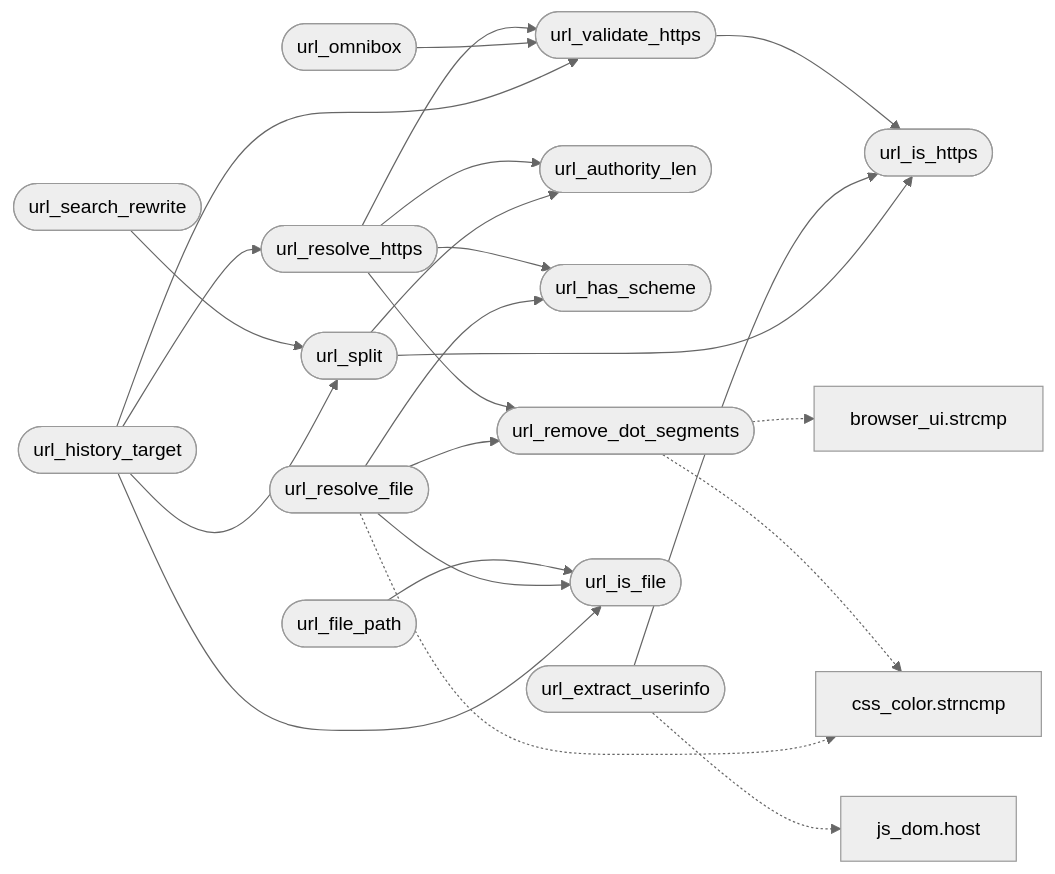
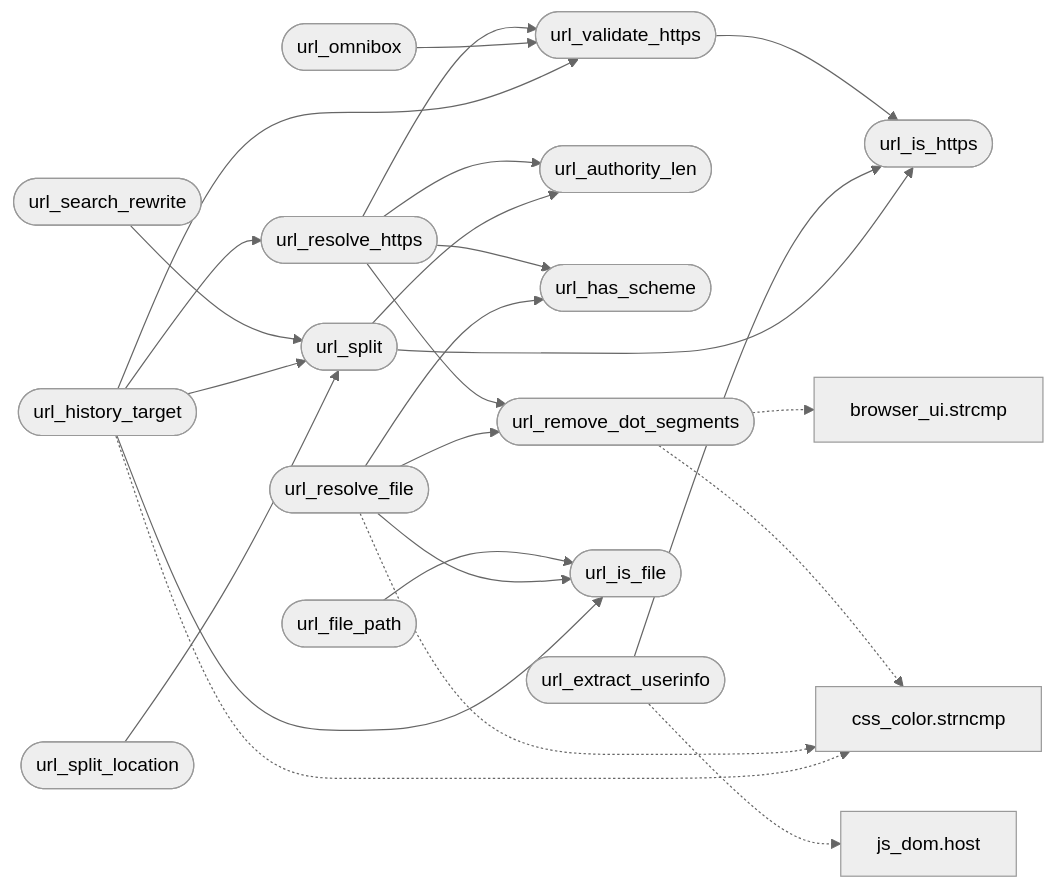
Before and after one commit to grisuno/FreeDom: the diagram in readmenator-apidocs/modules/src.url.c.md, drawn with Mermaid (neutral theme). The commit also changed other lines of this file and 423 other files, not shown here.

````diff
--- a/readmenator-apidocs/modules/src.url.c.md
+++ b/readmenator-apidocs/modules/src.url.c.md
@@ -14,42 +14,45 @@
 ```mermaid
 flowchart LR
     n_src_url_c__url_validate_https(["url_validate_https"])
     n_src_url_c__url_is_https(["url_is_https"])
     n_src_url_c__url_resolve_https(["url_resolve_https"])
     n_src_url_c__url_authority_len(["url_authority_len"])
     n_src_url_c__url_has_scheme(["url_has_scheme"])
     n_src_url_c__url_remove_dot_segments(["url_remove_dot_segments"])
     n_src_url_c__url_omnibox(["url_omnibox"])
     n_src_url_c__url_search_rewrite(["url_search_rewrite"])
     n_src_url_c__url_split(["url_split"])
     n_src_url_c__url_extract_userinfo(["url_extract_userinfo"])
     n_src_url_c__url_file_path(["url_file_path"])
     n_src_url_c__url_is_file(["url_is_file"])
     n_src_url_c__url_resolve_file(["url_resolve_file"])
     n_src_url_c__url_history_target(["url_history_target"])
+    n_src_url_c__url_split_location(["url_split_location"])
     n_gui_browser_ui_c__strcmp["browser_ui.strcmp"]
     n_src_css_color_c__strncmp["css_color.strncmp"]
     n_include_js_dom_h__host["js_dom.host"]
     n_src_url_c__url_validate_https --> n_src_url_c__url_is_https
     n_src_url_c__url_resolve_https --> n_src_url_c__url_authority_len
     n_src_url_c__url_resolve_https --> n_src_url_c__url_has_scheme
     n_src_url_c__url_resolve_https --> n_src_url_c__url_remove_dot_segments
     n_src_url_c__url_resolve_https --> n_src_url_c__url_validate_https
     n_src_url_c__url_omnibox --> n_src_url_c__url_validate_https
     n_src_url_c__url_search_rewrite --> n_src_url_c__url_split
     n_src_url_c__url_extract_userinfo --> n_src_url_c__url_is_https
     n_src_url_c__url_file_path --> n_src_url_c__url_is_file
     n_src_url_c__url_resolve_file --> n_src_url_c__url_has_scheme
     n_src_url_c__url_resolve_file --> n_src_url_c__url_is_file
     n_src_url_c__url_resolve_file --> n_src_url_c__url_remove_dot_segments
     n_src_url_c__url_split --> n_src_url_c__url_authority_len
     n_src_url_c__url_split --> n_src_url_c__url_is_https
     n_src_url_c__url_history_target --> n_src_url_c__url_is_file
     n_src_url_c__url_history_target --> n_src_url_c__url_resolve_https
     n_src_url_c__url_history_target --> n_src_url_c__url_split
     n_src_url_c__url_history_target --> n_src_url_c__url_validate_https
+    n_src_url_c__url_split_location --> n_src_url_c__url_split
     n_src_url_c__url_remove_dot_segments -.-> n_gui_browser_ui_c__strcmp
     n_src_url_c__url_remove_dot_segments -.-> n_src_css_color_c__strncmp
     n_src_url_c__url_extract_userinfo -.-> n_include_js_dom_h__host
     n_src_url_c__url_resolve_file -.-> n_src_css_color_c__strncmp
+    n_src_url_c__url_history_target -.-> n_src_css_color_c__strncmp
 ```
````
